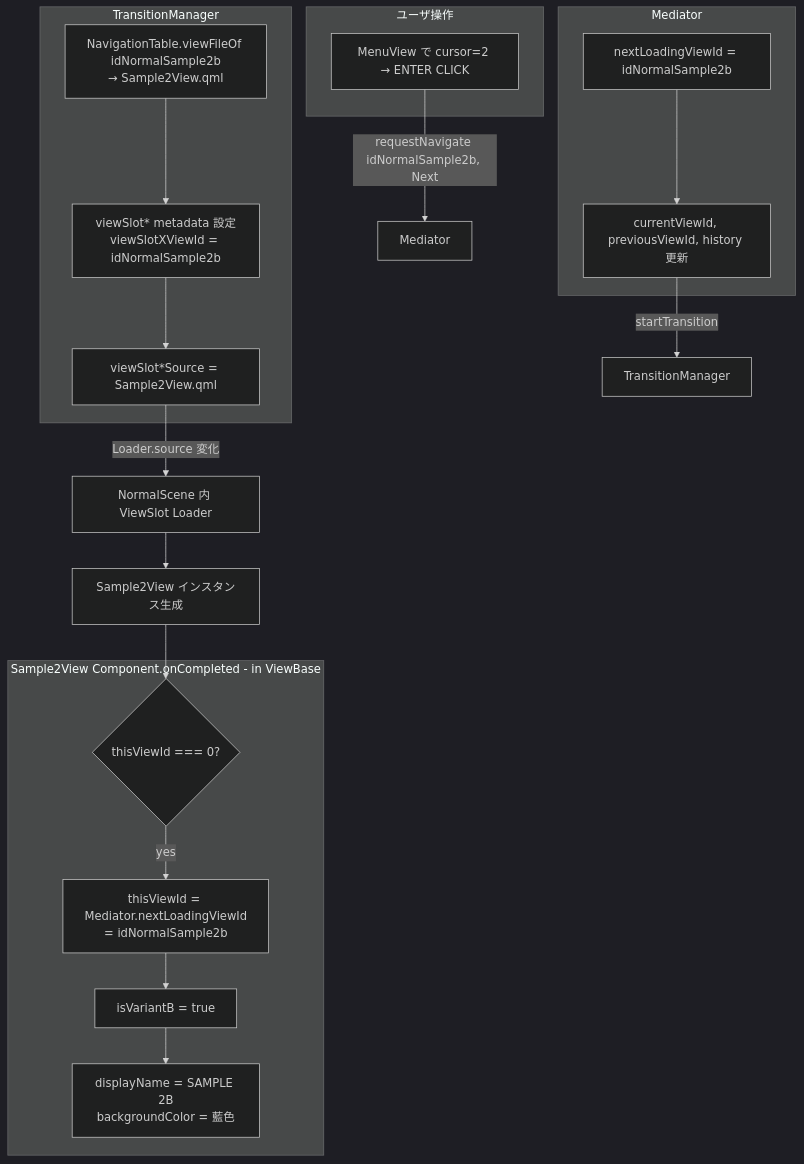
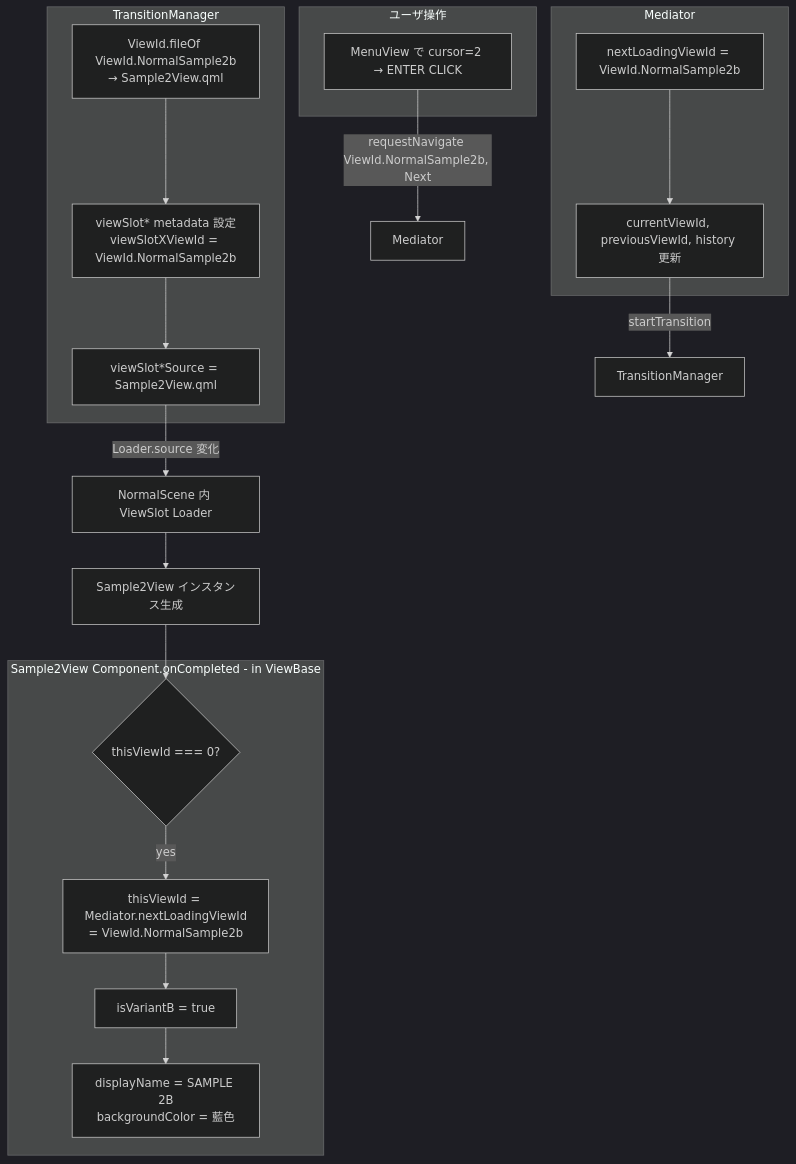
The eighth of 11 diagrams in docs/flows.md (yuya-kadono/qul-loader-navigation-poc), drawn with Mermaid (dark theme) before and after one commit. The commit also changed other lines of this file and 31 other files, not shown here.

````diff
--- a/docs/flows.md
+++ b/docs/flows.md
@@ -257,35 +269,35 @@
 ```mermaid
 flowchart TB
     subgraph User操作[ユーザ操作]
         Op[MenuView で cursor=2 → ENTER CLICK]
     end
 
-    Op -->|requestNavigate idNormalSample2b, Next| Med[Mediator]
+    Op -->|requestNavigate ViewId.NormalSample2b, Next| Med[Mediator]
 
     subgraph Med-処理[Mediator]
-        Med1[nextLoadingViewId = idNormalSample2b]
+        Med1[nextLoadingViewId = ViewId.NormalSample2b]
         Med2[currentViewId, previousViewId, history 更新]
         Med1 --> Med2
     end
 
     Med2 -->|startTransition| TM[TransitionManager]
 
     subgraph TM-処理[TransitionManager]
-        TM1[NavigationTable.viewFileOf idNormalSample2b<br>→ Sample2View.qml]
-        TM2[viewSlot* metadata 設定<br>viewSlotXViewId = idNormalSample2b]
+        TM1[ViewId.fileOf ViewId.NormalSample2b<br>→ Sample2View.qml]
+        TM2[viewSlot* metadata 設定<br>viewSlotXViewId = ViewId.NormalSample2b]
         TM3[viewSlot*Source = Sample2View.qml]
         TM1 --> TM2 --> TM3
     end
 
     TM3 -->|Loader.source 変化| L[NormalScene 内 ViewSlot Loader]
     L --> View[Sample2View インスタンス生成]
 
     subgraph ViewBase-onCompleted[Sample2View Component.onCompleted - in ViewBase]
         V1{thisViewId === 0?}
-        V1 -->|yes| V2[thisViewId = Mediator.nextLoadingViewId<br>= idNormalSample2b]
+        V1 -->|yes| V2[thisViewId = Mediator.nextLoadingViewId<br>= ViewId.NormalSample2b]
         V2 --> V3[isVariantB = true]
         V3 --> V4[displayName = SAMPLE 2B<br>backgroundColor = 藍色]
     end
 
     View --> V1
 ```
````
